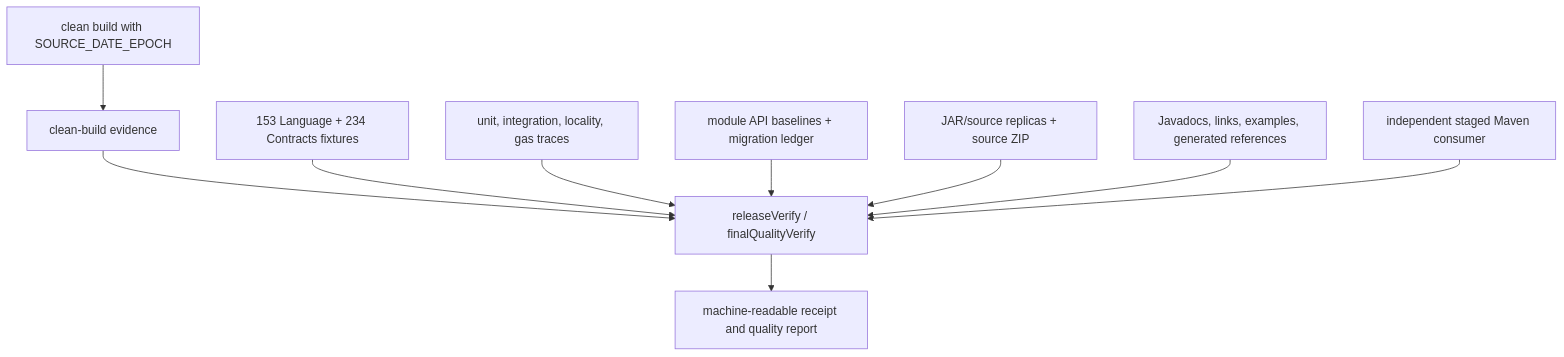
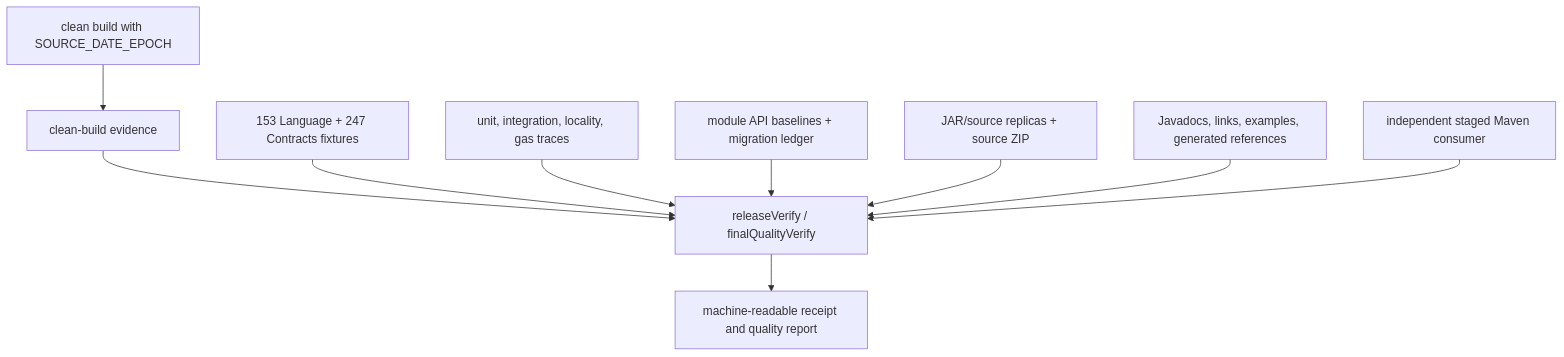
The diagram in docs/architecture/conformance-and-release.md (bluecontract/blue-language-java), drawn with Mermaid before and after one commit. The commit also changed 84 other files, not shown here.

````diff
--- a/docs/architecture/conformance-and-release.md
+++ b/docs/architecture/conformance-and-release.md
@@ -7,12 +7,12 @@
 ```mermaid
 flowchart TD
     Clean["clean build with SOURCE_DATE_EPOCH"] --> Marker["clean-build evidence"]
     Marker --> Verify["releaseVerify / finalQualityVerify"]
-    Fixtures["153 Language + 234 Contracts fixtures"] --> Verify
+    Fixtures["153 Language + 247 Contracts fixtures"] --> Verify
     Tests["unit, integration, locality, gas traces"] --> Verify
     API["module API baselines + migration ledger"] --> Verify
     Archives["JAR/source replicas + source ZIP"] --> Verify
     Docs["Javadocs, links, examples, generated references"] --> Verify
     Smoke["independent staged Maven consumer"] --> Verify
     Verify --> Receipt["machine-readable receipt and quality report"]
 ```
````
